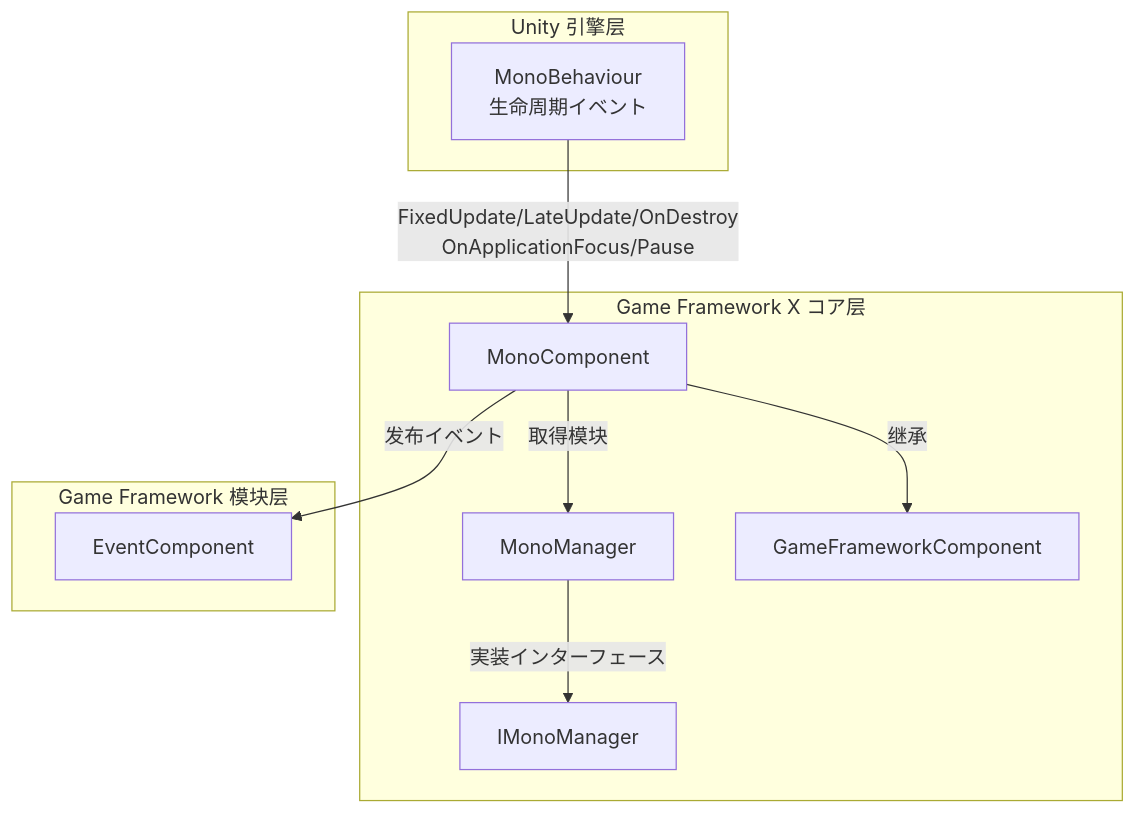
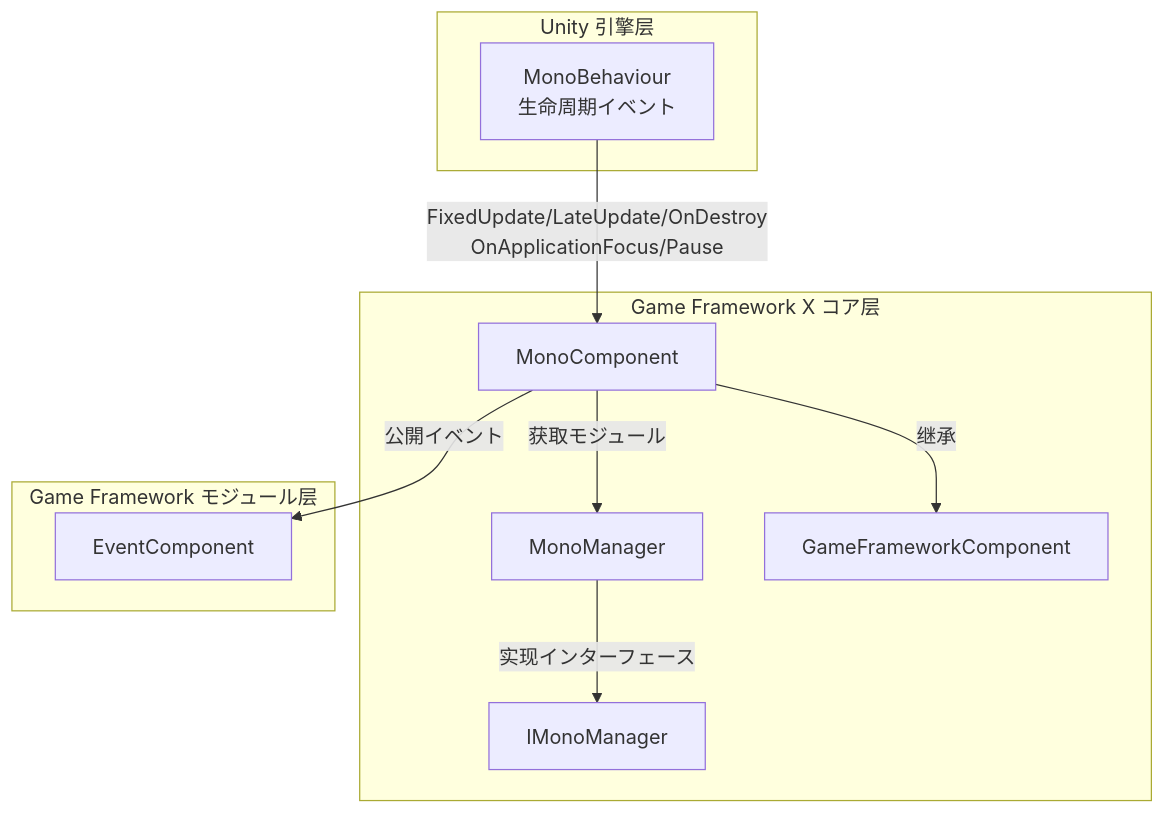
The first of 2 diagrams in docs/ja/client/unity/component/mono/07.monocomponent.md (AlianBlank/GameFrameX.Docs), drawn with Mermaid before and after one commit. The commit also changed other lines of this file and 320 other files, not shown here.

````diff
--- a/docs/ja/client/unity/component/mono/07.monocomponent.md
+++ b/docs/ja/client/unity/component/mono/07.monocomponent.md
@@ -24,23 +24,23 @@
 ```mermaid
 flowchart TD
     subgraph UnityEngine["Unity 引擎层"]
         UB[MonoBehaviour<br/>生命周期イベント]
     end
 
     subgraph GameFrameworkX["Game Framework X コア层"]
         MC[MonoComponent]
         MM[MonoManager]
         IM[IMonoManager]
         GFC[GameFrameworkComponent]
     end
 
-    subgraph Module["Game Framework 模块层"]
+    subgraph Module["Game Framework モジュール层"]
         EC[EventComponent]
     end
 
     UB -->|FixedUpdate/LateUpdate/OnDestroy<br/>OnApplicationFocus/Pause| MC
     MC -->|继承| GFC
-    MC -->|取得模块| MM
-    MM -->|実装インターフェース| IM
-    MC -->|发布イベント| EC
+    MC -->|获取モジュール| MM
+    MM -->|实现インターフェース| IM
+    MC -->|公開イベント| EC
 ```
````
